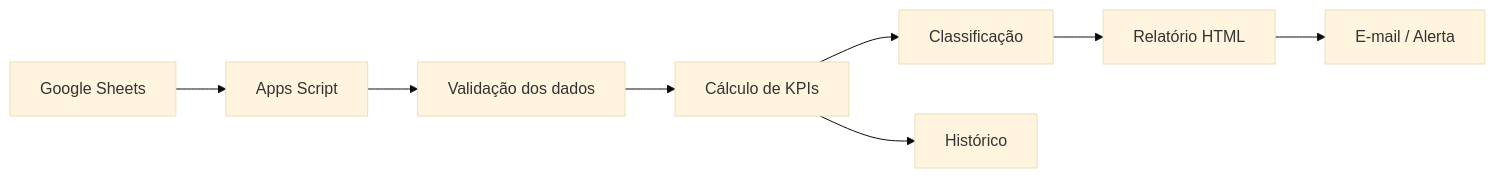
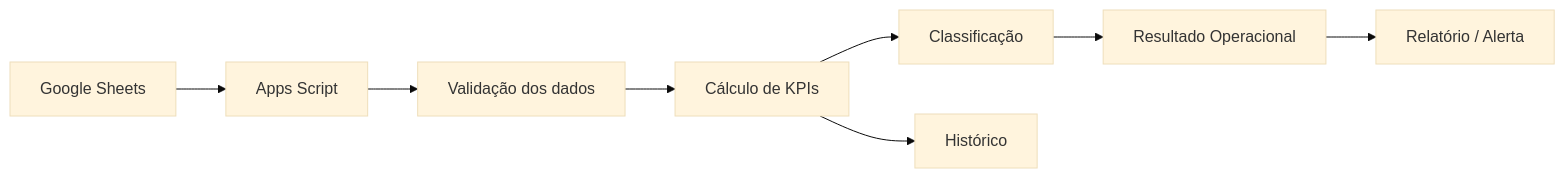
The diagram in portfolio/automacao-ruptura/README.md (Flash0102/Flash0102), drawn with Mermaid (base theme) before and after one commit. The commit also changed other lines of this file, not shown here.

````diff
--- a/portfolio/automacao-ruptura/README.md
+++ b/portfolio/automacao-ruptura/README.md
@@ -38,10 +70,10 @@
 ```mermaid
 flowchart LR
     A[Google Sheets] --> B[Apps Script]
     B --> C[Validação dos dados]
     C --> D[Cálculo de KPIs]
     D --> E[Classificação]
-    E --> F[Relatório HTML]
-    F --> G[E-mail / Alerta]
+    E --> F[Resultado Operacional]
+    F --> G[Relatório / Alerta]
     D --> H[Histórico]
 ```
````
